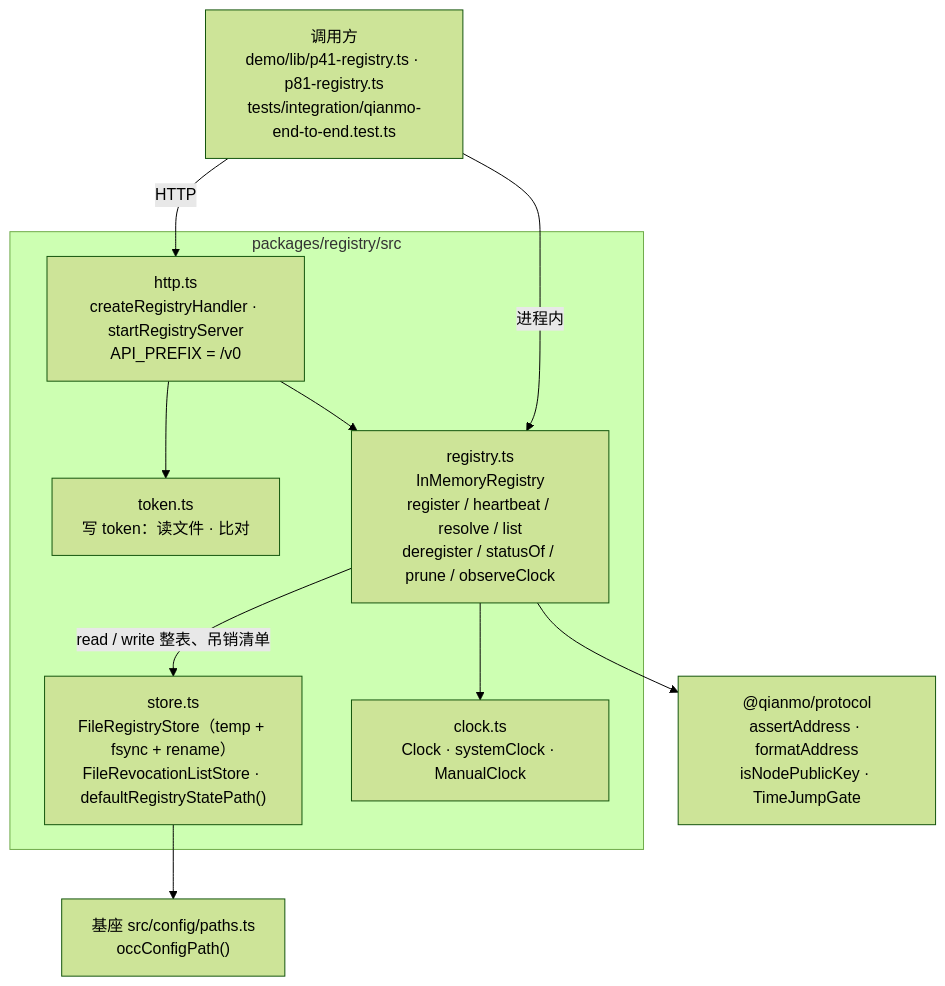
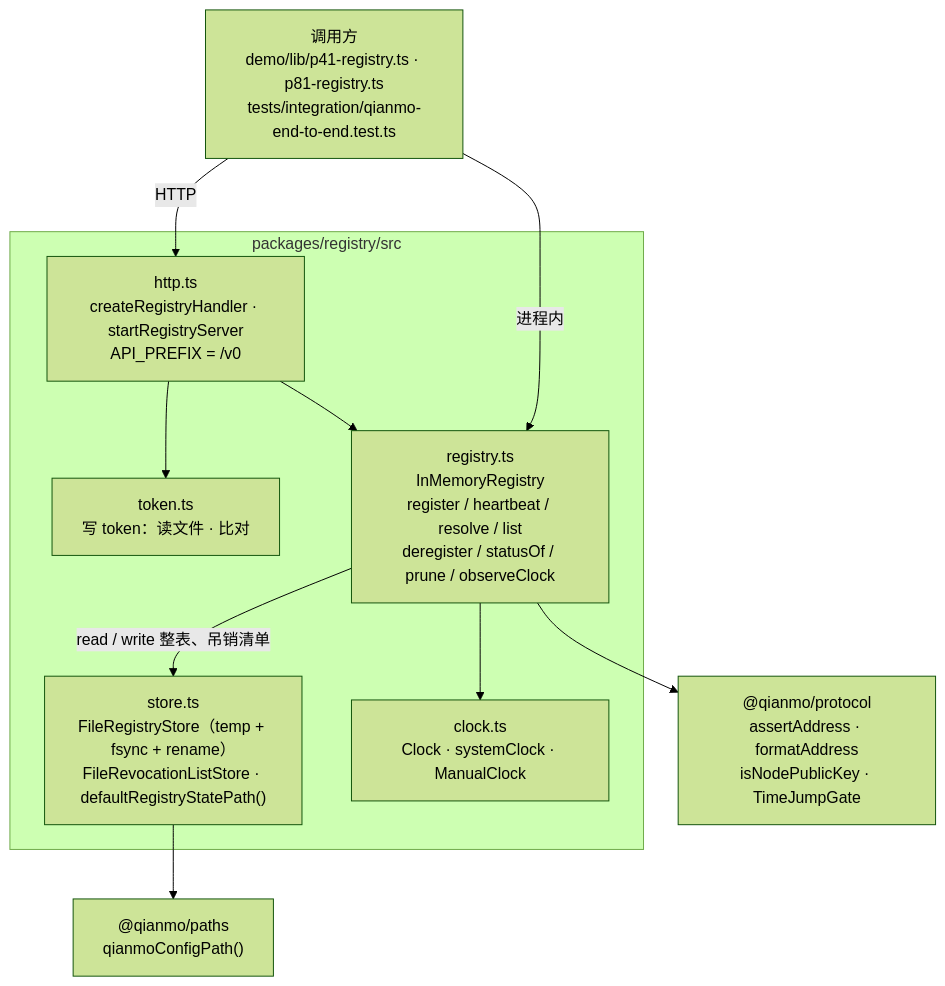
Before and after one commit to sweetcornna/atlas: the diagram in atlas/packages/registry/README.md, drawn with Mermaid (forest theme). The commit also changed other lines of this file and 128 other files, not shown here.

````diff
--- a/atlas/packages/registry/README.md
+++ b/atlas/packages/registry/README.md
@@ -17,24 +17,24 @@
 ```mermaid
 flowchart TD
   caller["调用方<br/>demo/lib/p41-registry.ts · p81-registry.ts<br/>tests/integration/qianmo-end-to-end.test.ts"]
 
   subgraph pkg["packages/registry/src"]
     http["http.ts<br/>createRegistryHandler · startRegistryServer<br/>API_PREFIX = /v0"]
     token["token.ts<br/>写 token：读文件 · 比对"]
     registry["registry.ts<br/>InMemoryRegistry<br/>register / heartbeat / resolve / list<br/>deregister / statusOf / prune / observeClock"]
     store["store.ts<br/>FileRegistryStore（temp + fsync + rename）<br/>FileRevocationListStore · defaultRegistryStatePath()"]
     clock["clock.ts<br/>Clock · systemClock · ManualClock"]
   end
 
   protocol["@qianmo/protocol<br/>assertAddress · formatAddress<br/>isNodePublicKey · TimeJumpGate"]
-  paths["基座 src/config/paths.ts<br/>occConfigPath()"]
+  paths["@qianmo/paths<br/>qianmoConfigPath()"]
 
   caller -->|HTTP| http
   caller -->|进程内| registry
   http --> registry
   http --> token
   registry --> clock
   registry -->|read / write 整表、吊销清单| store
   registry --> protocol
   store --> paths
 ```
````
